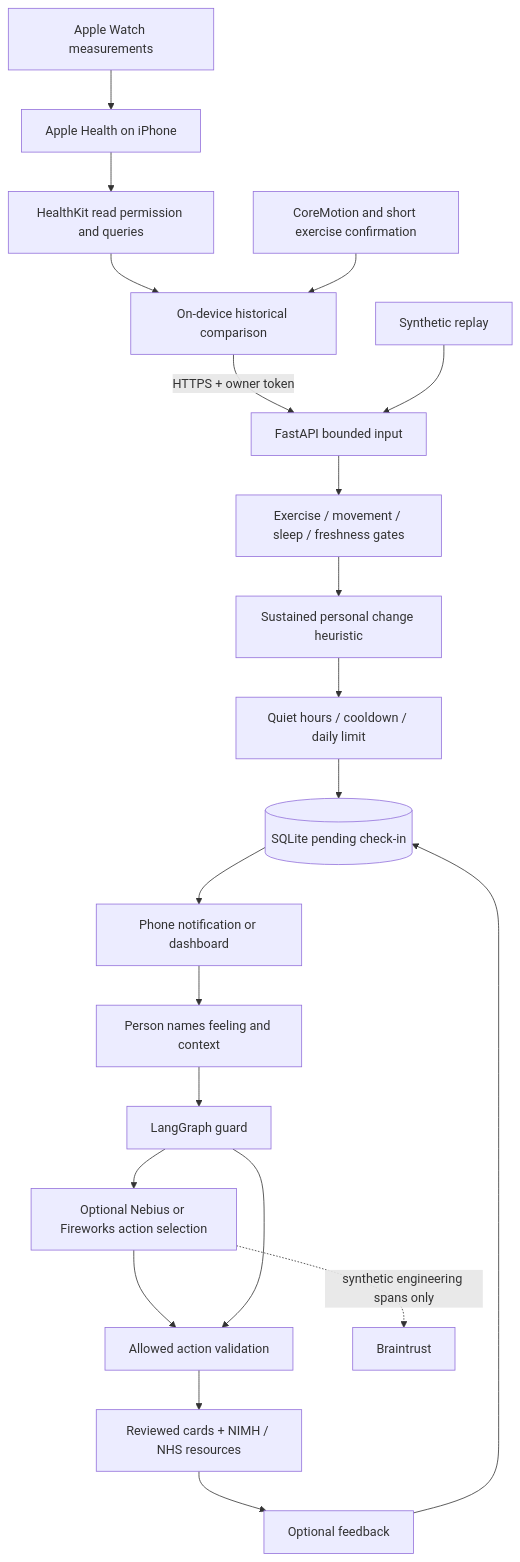
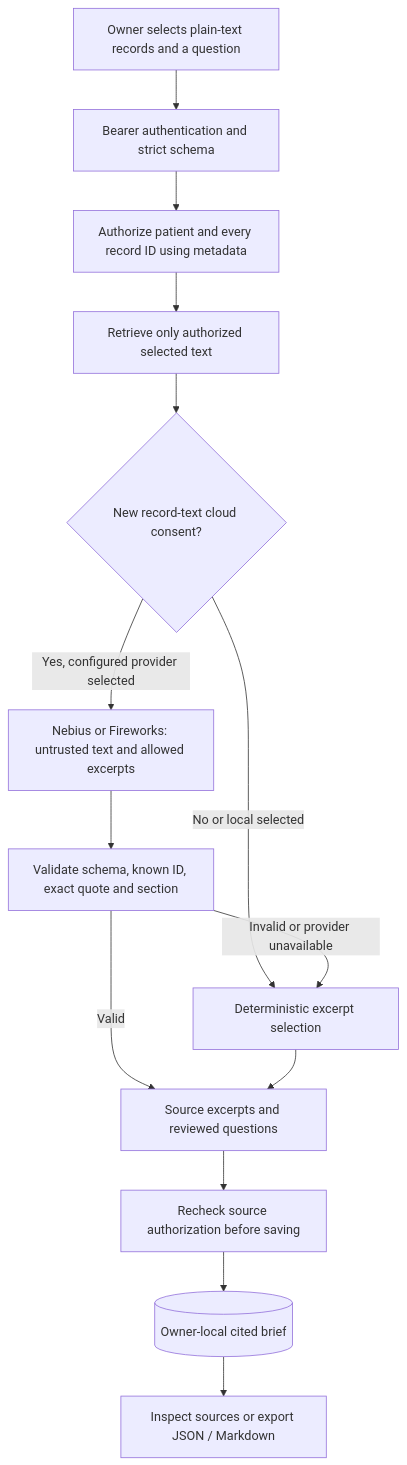
One commit to sivalinb/pausewell changed the diagram in docs/ARCHITECTURE.md. Above: the diagram before and after it, drawn with Mermaid. The commit also changed other lines of this file and 173 other files, not shown here.

````diff
--- a/docs/ARCHITECTURE.md
+++ b/docs/ARCHITECTURE.md
@@ -3,23 +7,16 @@
 ```mermaid
 flowchart TD
-    A[Apple Watch measurements] --> B[Apple Health on iPhone]
-    B --> C[HealthKit read permission and queries]
-    C --> D[On-device historical comparison]
-    M[CoreMotion and short exercise confirmation] --> D
-    D -->|HTTPS + owner token| E[FastAPI bounded input]
-    X[Synthetic replay] --> E
-    E --> F[Exercise / movement / sleep / freshness gates]
-    F --> G[Sustained personal change heuristic]
-    G --> H[Quiet hours / cooldown / daily limit]
-    H --> I[(SQLite pending check-in)]
-    I --> J[Phone notification or dashboard]
-    J --> K[Person names feeling and context]
-    K --> L[LangGraph guard]
-    L --> N[Optional Nebius or Fireworks action selection]
-    N --> O[Allowed action validation]
-    L --> O
-    O --> P[Reviewed cards + NIMH / NHS resources]
-    P --> Q[Optional feedback]
-    Q --> I
-    N -. synthetic engineering spans only .-> R[Braintrust]
+    A[Owner selects plain-text records and a question] --> B[Bearer authentication and strict schema]
+    B --> C[Authorize patient and every record ID using metadata]
+    C --> D[Retrieve only authorized selected text]
+    D --> E{New record-text cloud consent?}
+    E -->|Yes, configured provider selected| F[Nebius or Fireworks: untrusted text and allowed excerpts]
+    E -->|No or local selected| G[Deterministic excerpt selection]
+    F --> H[Validate schema, known ID, exact quote and section]
+    H -->|Invalid or provider unavailable| G
+    H -->|Valid| I[Source excerpts and reviewed questions]
+    G --> I
+    I --> J[Recheck source authorization before saving]
+    J --> K[(Owner-local cited brief)]
+    K --> L[Inspect sources or export JSON / Markdown]
 ```
````
